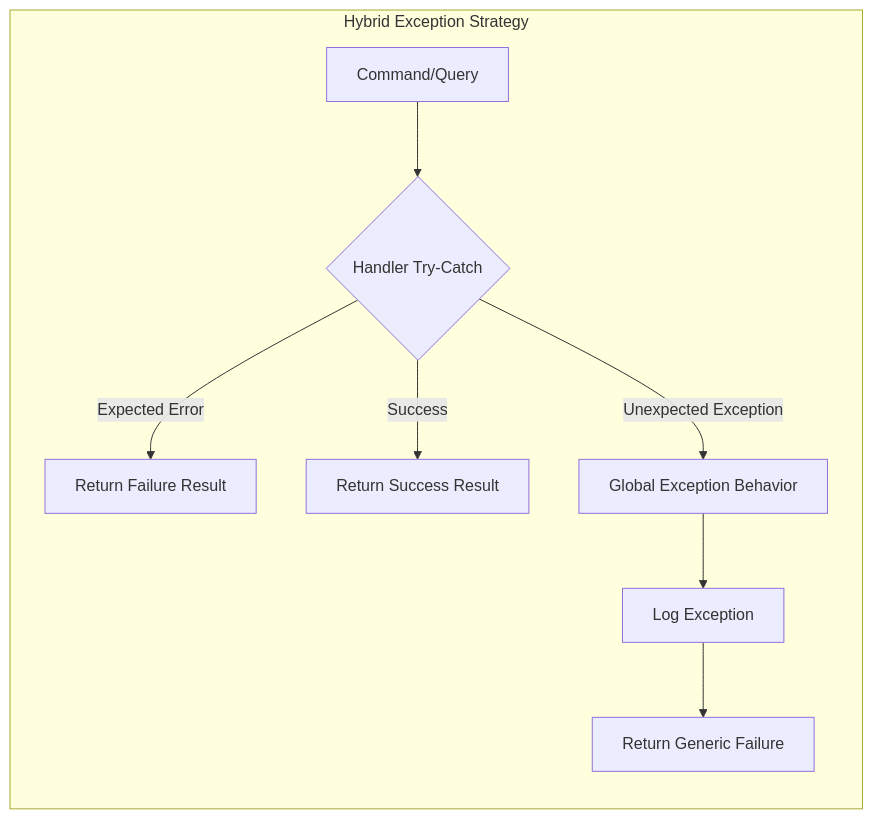
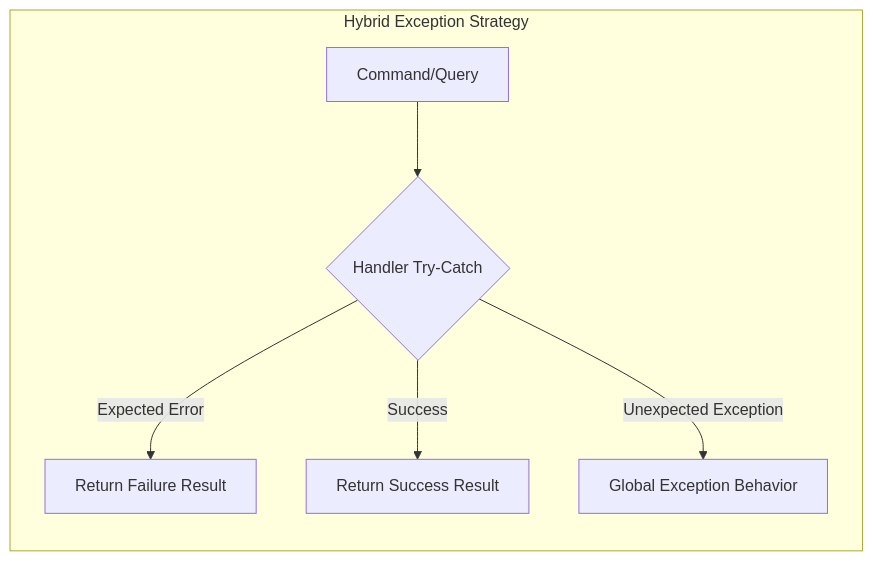
Before and after one commit to JDKoll1982/MTM_Receiving_Application: the fifth of 12 diagrams in Module_Receiving/Preparation/MASTER_PROMPT_SUGGESTIONS_PRINT.md, drawn with Mermaid. The commit also changed other lines of this file and 1 other file, not shown here.

````diff
--- a/Module_Receiving/Preparation/MASTER_PROMPT_SUGGESTIONS_PRINT.md
+++ b/Module_Receiving/Preparation/MASTER_PROMPT_SUGGESTIONS_PRINT.md
@@ -1031,11 +976,9 @@
 ```mermaid
 graph LR
     subgraph "Hybrid Exception Strategy"
         A[Command/Query] --> B{Handler Try-Catch}
         B -->|Expected Error| C[Return Failure Result]
         B -->|Success| D[Return Success Result]
         B -->|Unexpected Exception| E[Global Exception Behavior]
-        E --> F[Log Exception]
-        F --> G[Return Generic Failure]
     end
 ```
````
